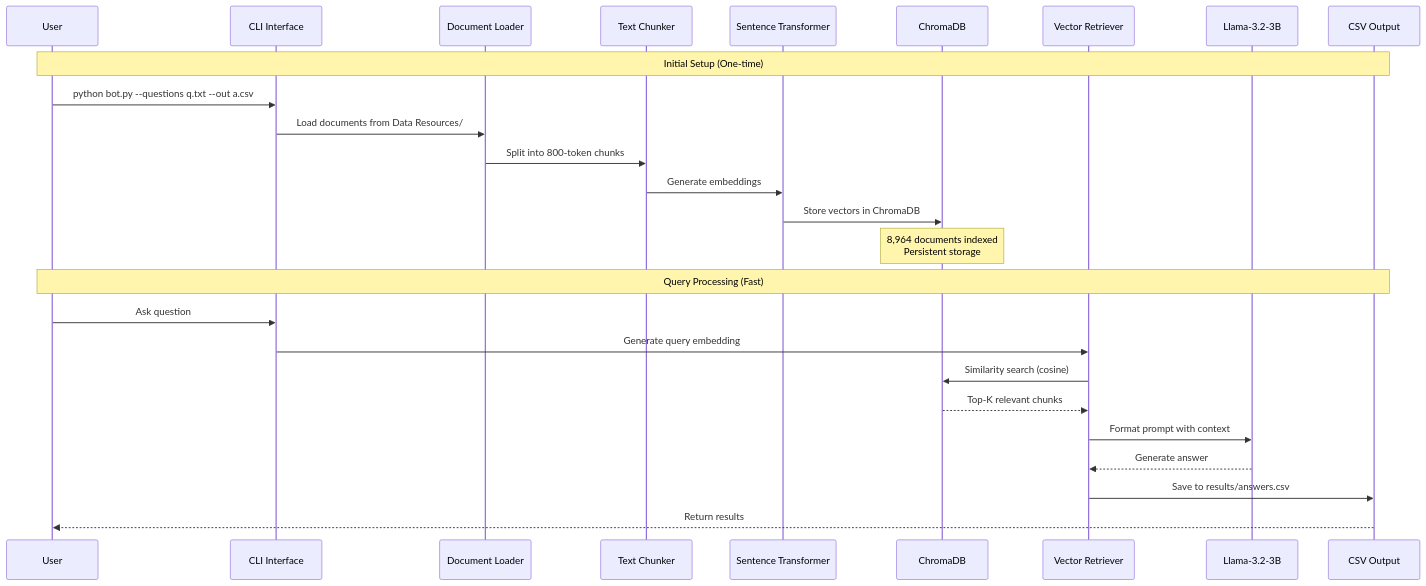
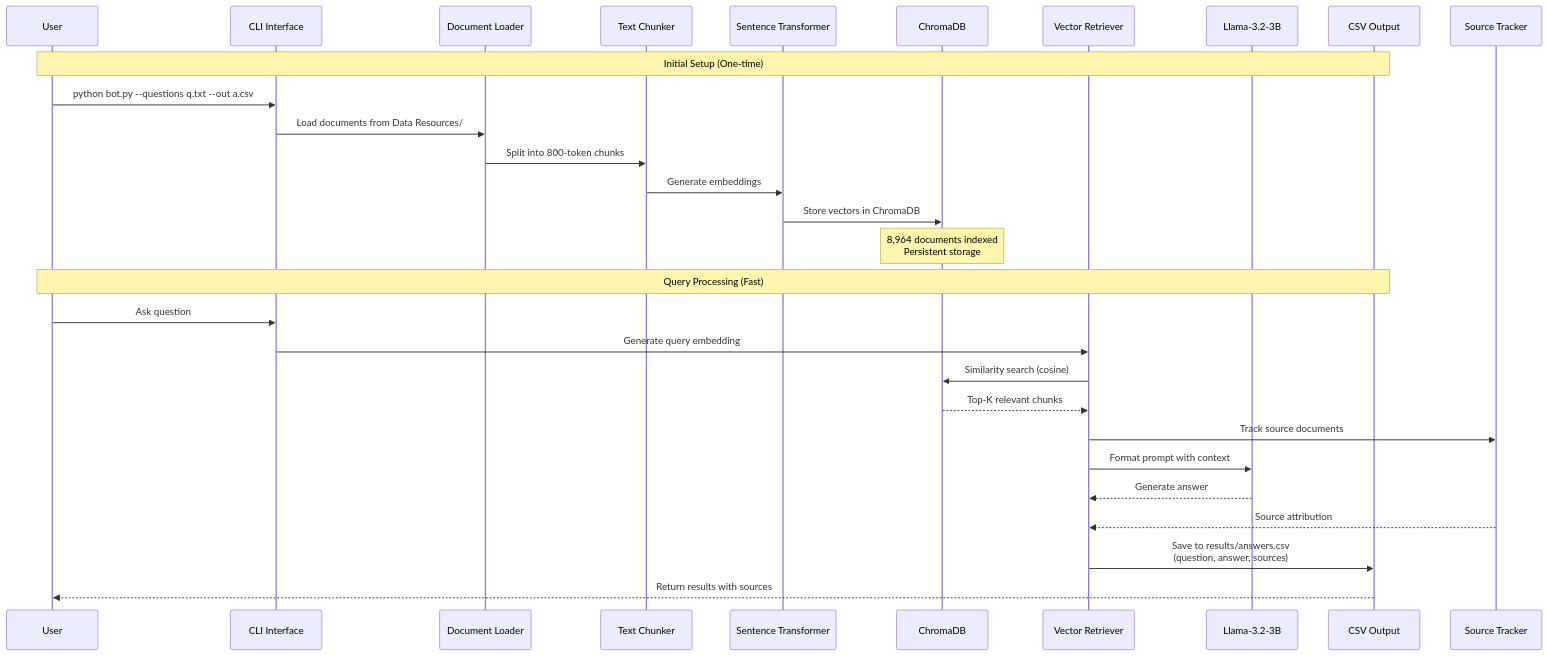
Before and after one commit to uclamii/CGT-LLM-Beta: the second of 2 diagrams in README.md, drawn with Mermaid. The commit also changed other lines of this file, not shown here.

````diff
--- a/README.md
+++ b/README.md
@@ -261,30 +299,33 @@
 ```mermaid
 sequenceDiagram
     participant User
     participant CLI as CLI Interface
     participant Loader as Document Loader
     participant Chunker as Text Chunker
     participant Embedder as Sentence Transformer
     participant DB as ChromaDB
     participant Retriever as Vector Retriever
     participant LLM as Llama-3.2-3B
     participant Output as CSV Output
+    participant Sources as Source Tracker
     
     Note over User,Output: Initial Setup (One-time)
     User->>CLI: python bot.py --questions q.txt --out a.csv
     CLI->>Loader: Load documents from Data Resources/
     Loader->>Chunker: Split into 800-token chunks
     Chunker->>Embedder: Generate embeddings
     Embedder->>DB: Store vectors in ChromaDB
     Note over DB: 8,964 documents indexed<br/>Persistent storage
     
     Note over User,Output: Query Processing (Fast)
     User->>CLI: Ask question
     CLI->>Retriever: Generate query embedding
     Retriever->>DB: Similarity search (cosine)
     DB-->>Retriever: Top-K relevant chunks
+    Retriever->>Sources: Track source documents
     Retriever->>LLM: Format prompt with context
     LLM-->>Retriever: Generate answer
-    Retriever->>Output: Save to results/answers.csv
-    Output-->>User: Return results
+    Sources-->>Retriever: Source attribution
+    Retriever->>Output: Save to results/answers.csv<br/>(question, answer, sources)
+    Output-->>User: Return results with sources
 ```
````
